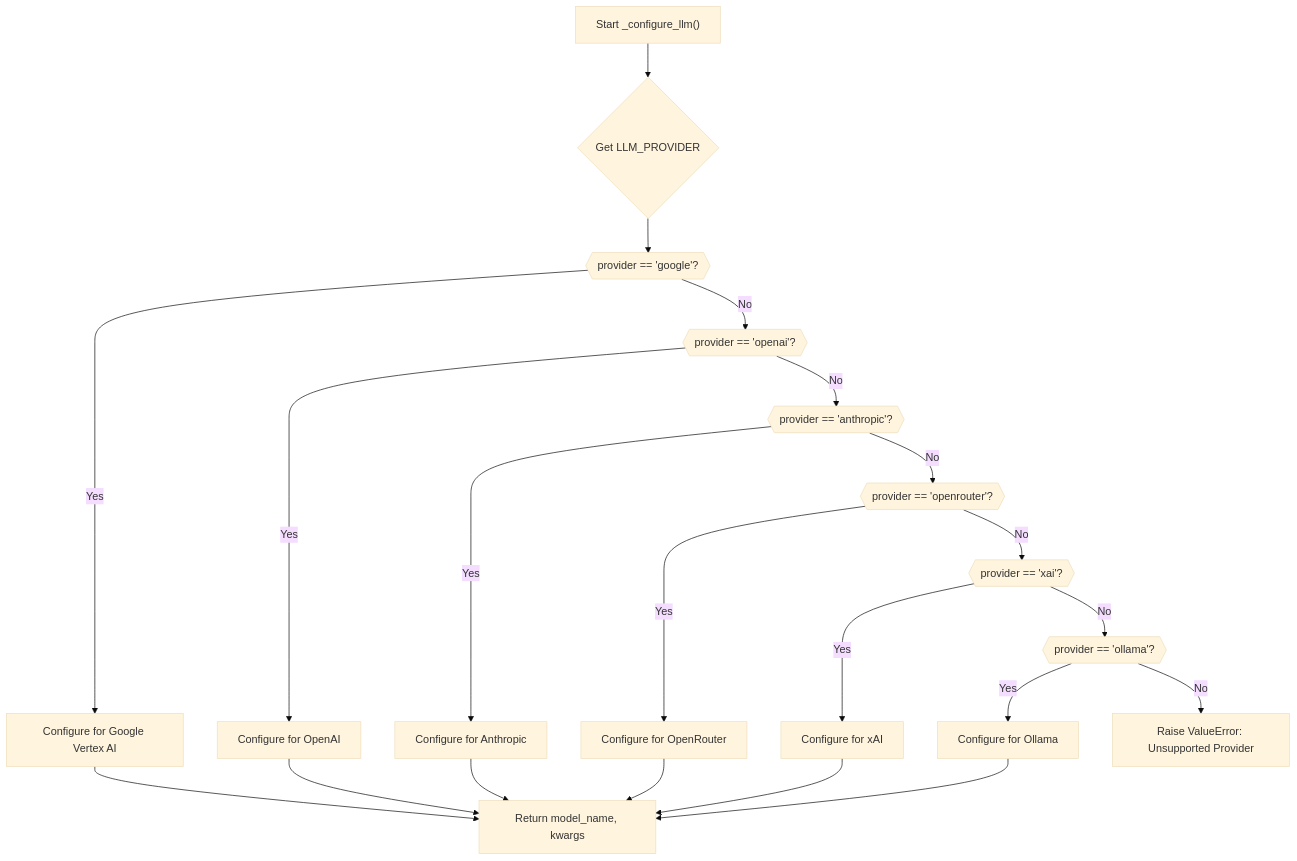
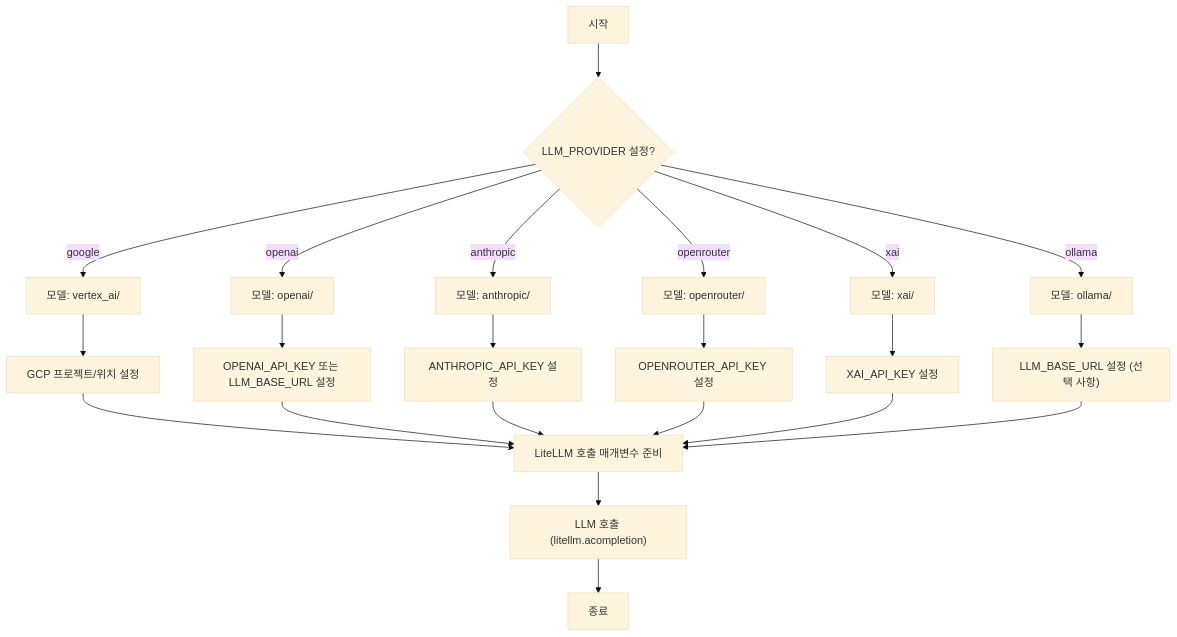
Before and after one commit to catuscio/wiki-as-readme: the fourth of 19 diagrams in examples/wiki_as_README.md, drawn with Mermaid (base theme). The commit also changed other lines of this file, not shown here.

````diff
--- a/examples/wiki_as_README.md
+++ b/examples/wiki_as_README.md
@@ -718,24 +449,24 @@
 ```mermaid
 graph TD
-    A["Start _configure_llm()"] --> B{"Get LLM_PROVIDER"};
-    B --> C{{"provider == 'google'?"}};
-    C -- "Yes" --> D["Configure for Google Vertex AI"];
-    C -- "No" --> E{{"provider == 'openai'?"}};
-    E -- "Yes" --> F["Configure for OpenAI"];
-    E -- "No" --> G{{"provider == 'anthropic'?"}};
-    G -- "Yes" --> H["Configure for Anthropic"];
-    G -- "No" --> I{{"provider == 'openrouter'?"}};
-    I -- "Yes" --> J["Configure for OpenRouter"];
-    I -- "No" --> K{{"provider == 'xai'?"}};
-    K -- "Yes" --> L["Configure for xAI"];
-    K -- "No" --> M{{"provider == 'ollama'?"}};
-    M -- "Yes" --> N["Configure for Ollama"];
-    M -- "No" --> O["Raise ValueError: Unsupported Provider"];
-
-    D --> P["Return model_name, kwargs"];
-    F --> P;
-    H --> P;
-    J --> P;
-    L --> P;
-    N --> P;
+    A["시작"] --> B{"LLM_PROVIDER 설정?"}
+    B -- "google" --> C["모델: vertex_ai/"]
+    B -- "openai" --> D["모델: openai/"]
+    B -- "anthropic" --> E["모델: anthropic/"]
+    B -- "openrouter" --> F["모델: openrouter/"]
+    B -- "xai" --> G["모델: xai/"]
+    B -- "ollama" --> H["모델: ollama/"]
+    C --> I["GCP 프로젝트/위치 설정"]
+    D --> J["OPENAI_API_KEY 또는 LLM_BASE_URL 설정"]
+    E --> K["ANTHROPIC_API_KEY 설정"]
+    F --> L["OPENROUTER_API_KEY 설정"]
+    G --> M["XAI_API_KEY 설정"]
+    H --> N["LLM_BASE_URL 설정 (선택 사항)"]
+    I --> O["LiteLLM 호출 매개변수 준비"]
+    J --> O
+    K --> O
+    L --> O
+    M --> O
+    N --> O
+    O --> P["LLM 호출 (litellm.acompletion)"]
+    P --> Q["종료"]
 ```
````
